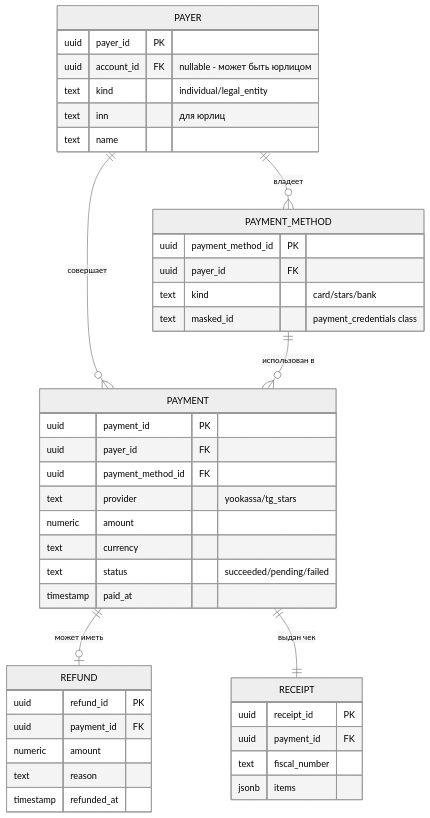
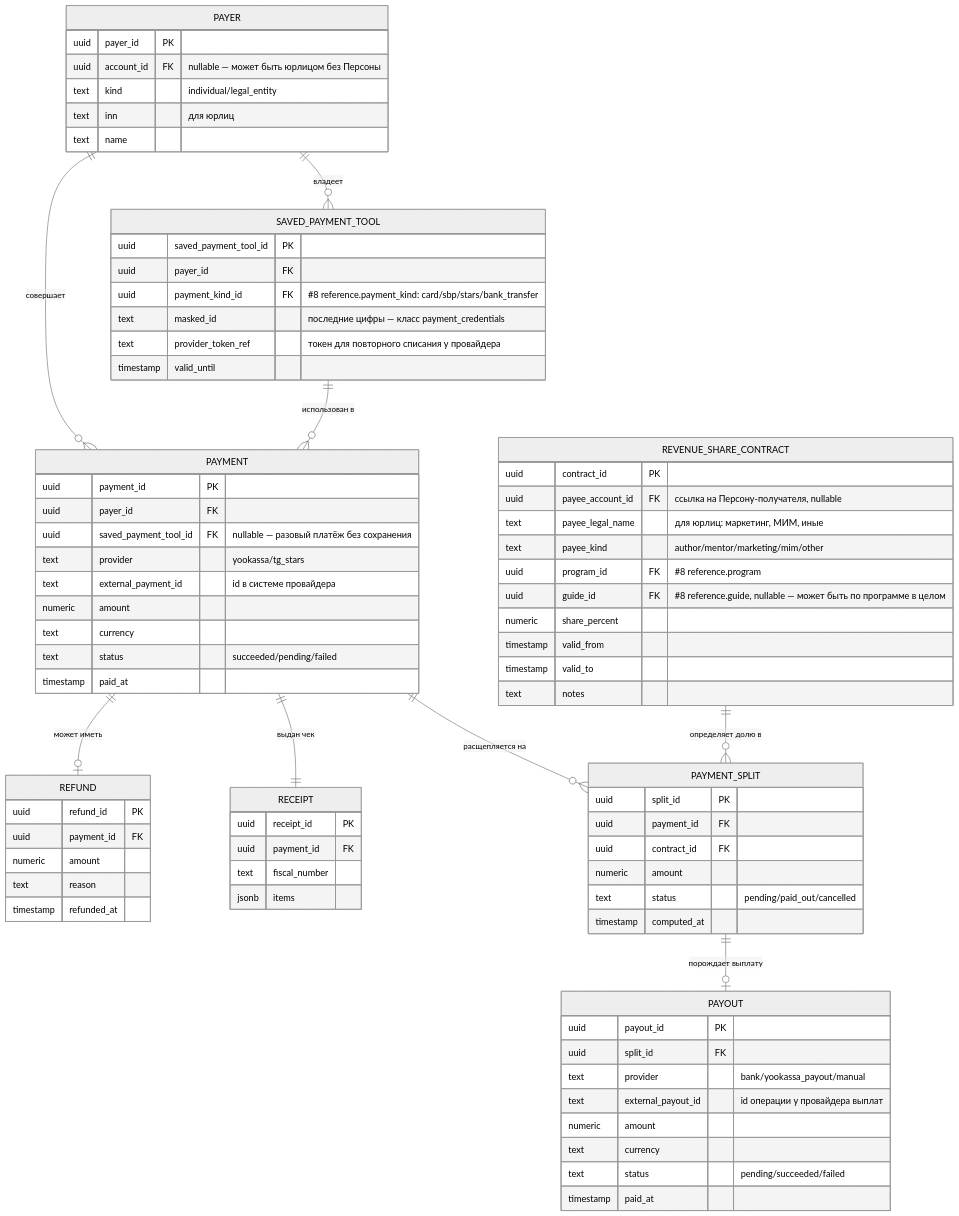
Before and after one commit to TserenTserenov/PACK-digital-platform: the fourth of 17 diagrams in pack/digital-platform/02-domain-entities/DP.ARCH.004-neon-data-architecture.md, drawn with Mermaid (neutral theme). The commit also changed other lines of this file and 2 other files, not shown here.

First line of the commit message:
WP-228 Ф27: ревизия физ.объектов + revenue-sharing + points-ledger (v2.2)

````diff
--- a/pack/digital-platform/02-domain-entities/DP.ARCH.004-neon-data-architecture.md
+++ b/pack/digital-platform/02-domain-entities/DP.ARCH.004-neon-data-architecture.md
@@ -440,45 +442,81 @@
 ```mermaid
 erDiagram
     PAYER ||--o{ PAYMENT : "совершает"
-    PAYER ||--o{ PAYMENT_METHOD : "владеет"
+    PAYER ||--o{ SAVED_PAYMENT_TOOL : "владеет"
     PAYMENT ||--o| REFUND : "может иметь"
     PAYMENT ||--|| RECEIPT : "выдан чек"
-    PAYMENT_METHOD ||--o{ PAYMENT : "использован в"
+    SAVED_PAYMENT_TOOL ||--o{ PAYMENT : "использован в"
+    PAYMENT ||--o{ PAYMENT_SPLIT : "расщепляется на"
+    REVENUE_SHARE_CONTRACT ||--o{ PAYMENT_SPLIT : "определяет долю в"
+    PAYMENT_SPLIT ||--o| PAYOUT : "порождает выплату"
 
     PAYER {
         uuid payer_id PK
-        uuid account_id FK "nullable - может быть юрлицом"
+        uuid account_id FK "nullable — может быть юрлицом без Персоны"
         text kind "individual/legal_entity"
         text inn "для юрлиц"
         text name
     }
     PAYMENT {
         uuid payment_id PK
         uuid payer_id FK
-        uuid payment_method_id FK
+        uuid saved_payment_tool_id FK "nullable — разовый платёж без сохранения"
         text provider "yookassa/tg_stars"
+        text external_payment_id "id в системе провайдера"
         numeric amount
         text currency
         text status "succeeded/pending/failed"
         timestamp paid_at
     }
     REFUND {
         uuid refund_id PK
         uuid payment_id FK
         numeric amount
         text reason
         timestamp refunded_at
     }
-    PAYMENT_METHOD {
-        uuid payment_method_id PK
+    SAVED_PAYMENT_TOOL {
+        uuid saved_payment_tool_id PK
         uuid payer_id FK
-        text kind "card/stars/bank"
-        text masked_id "payment_credentials class"
+        uuid payment_kind_id FK "#8 reference.payment_kind: card/sbp/stars/bank_transfer"
+        text masked_id "последние цифры — класс payment_credentials"
+        text provider_token_ref "токен для повторного списания у провайдера"
+        timestamp valid_until
     }
     RECEIPT {
         uuid receipt_id PK
         uuid payment_id FK
         text fiscal_number
         jsonb items
     }
+    REVENUE_SHARE_CONTRACT {
+        uuid contract_id PK
+        uuid payee_account_id FK "ссылка на Персону-получателя, nullable"
+        text payee_legal_name "для юрлиц: маркетинг, МИМ, иные"
+        text payee_kind "author/mentor/marketing/mim/other"
+        uuid program_id FK "#8 reference.program"
+        uuid guide_id FK "#8 reference.guide, nullable — может быть по программе в целом"
+        numeric share_percent
+        timestamp valid_from
+        timestamp valid_to
+        text notes
+    }
+    PAYMENT_SPLIT {
+        uuid split_id PK
+        uuid payment_id FK
+        uuid contract_id FK
+        numeric amount
+        text status "pending/paid_out/cancelled"
+        timestamp computed_at
+    }
+    PAYOUT {
+        uuid payout_id PK
+        uuid split_id FK
+        text provider "bank/yookassa_payout/manual"
+        text external_payout_id "id операции у провайдера выплат"
+        numeric amount
+        text currency
+        text status "pending/succeeded/failed"
+        timestamp paid_at
+    }
 ```
````
